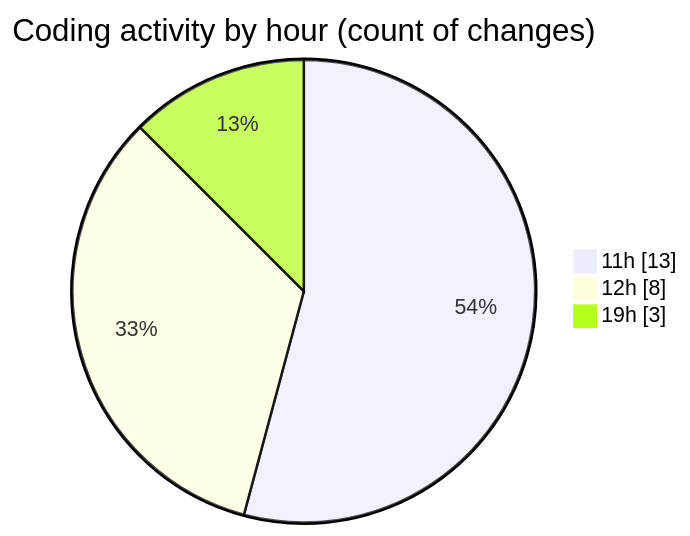
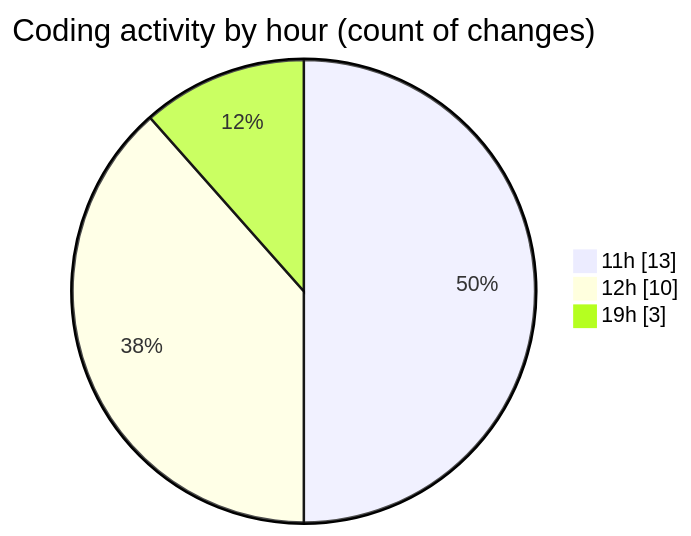
One commit to nxtqubesakshisongat/code-tracking changed the second of 2 diagrams in 2025-12-14/nxtqube_webapp/README.md. Above: the diagram before and after it, drawn with Mermaid. The commit also changed other lines of this file and 1 other file, not shown here.

````diff
--- a/2025-12-14/nxtqube_webapp/README.md
+++ b/2025-12-14/nxtqube_webapp/README.md
@@ -31,7 +31,7 @@
 ```mermaid
 pie showData
 title Coding activity by hour (count of changes)
 "11h" : 13
-"12h" : 8
+"12h" : 10
 "19h" : 3
 ```
````
